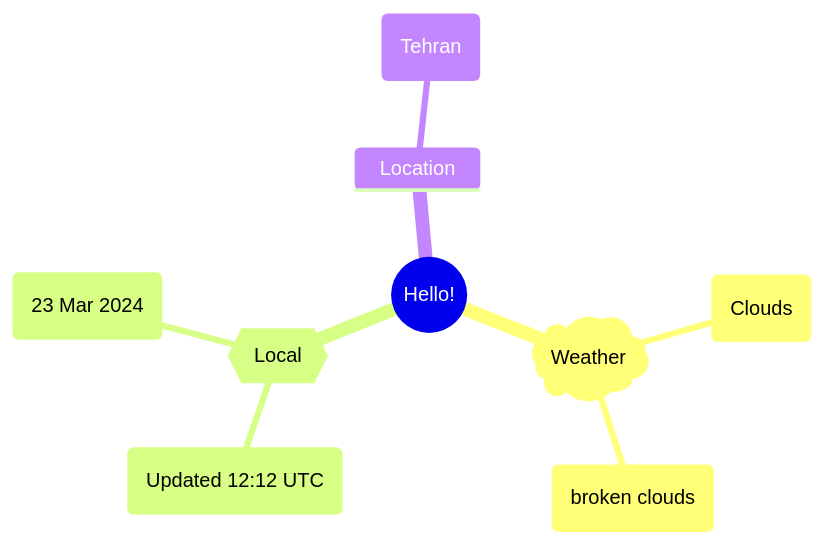
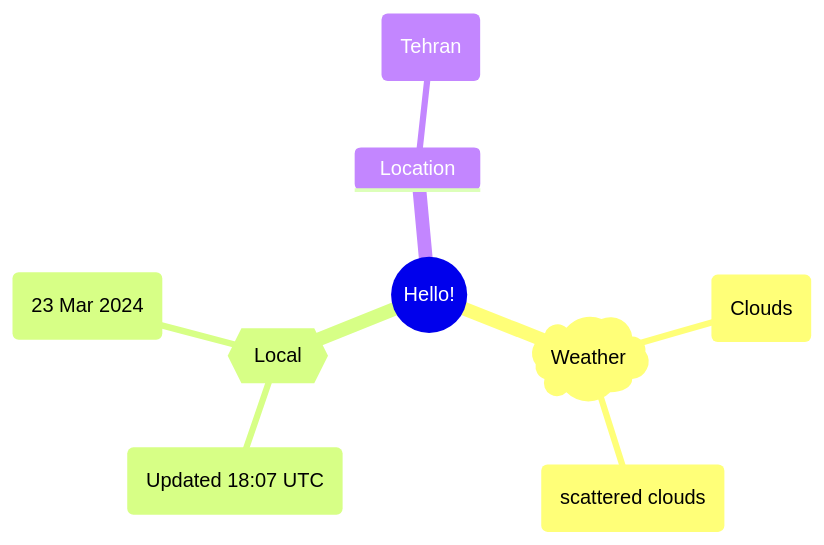
One commit to Xosrov/Xosrov changed the first of 2 diagrams in README.md. Above: the diagram before and after it, drawn with Mermaid.

Commit message:
[bot] updated images

````diff
--- a/README.md
+++ b/README.md
@@ -3,12 +3,12 @@
 ```mermaid
 mindmap
   root((Hello!))
     )Weather(
         (Clouds)
-        (broken clouds)
+        (scattered clouds)
     {{Local}}
-        (Updated 12:12 UTC)
+        (Updated 18:07 UTC)
         (23 Mar 2024)
     Location
         (Tehran)
 ```
````
